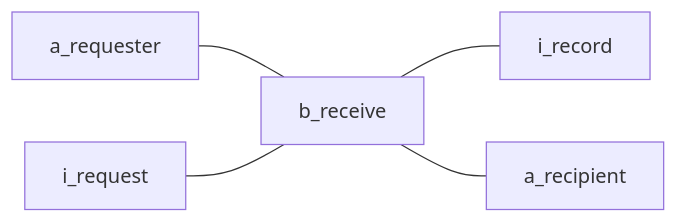
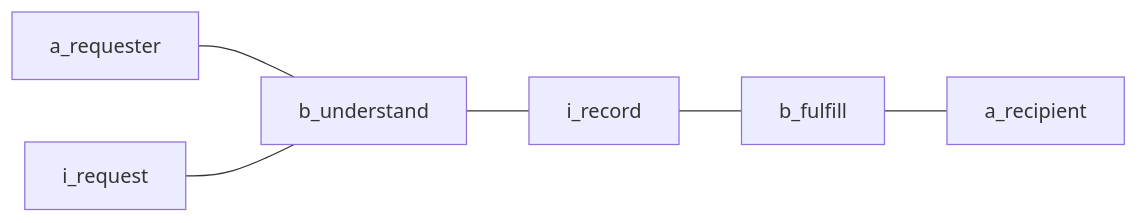
The second of 2 diagrams in .agents/skills/mermaid-diagram-authoring/references/icon-context.md (maakbo/fde), drawn with Mermaid before and after one commit. The commit also changed other lines of this file and 28 other files, not shown here.

````diff
--- a/.agents/skills/mermaid-diagram-authoring/references/icon-context.md
+++ b/.agents/skills/mermaid-diagram-authoring/references/icon-context.md
@@ -94,13 +97,15 @@
 ```mermaid
 flowchart LR
   a_requester
   i_request
-  b_receive
+  b_understand
   i_record
+  b_fulfill
   a_recipient
 
-  a_requester --- b_receive
-  i_request --- b_receive
-  b_receive --- i_record
-  b_receive --- a_recipient
+  a_requester --- b_understand
+  i_request --- b_understand
+  b_understand --- i_record
+  i_record --- b_fulfill
+  b_fulfill --- a_recipient
 ```
````
